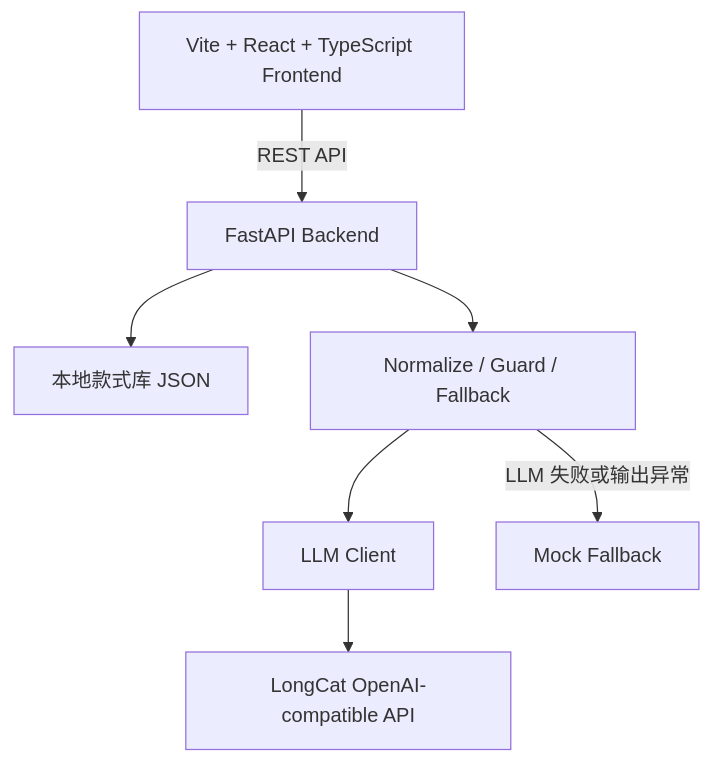
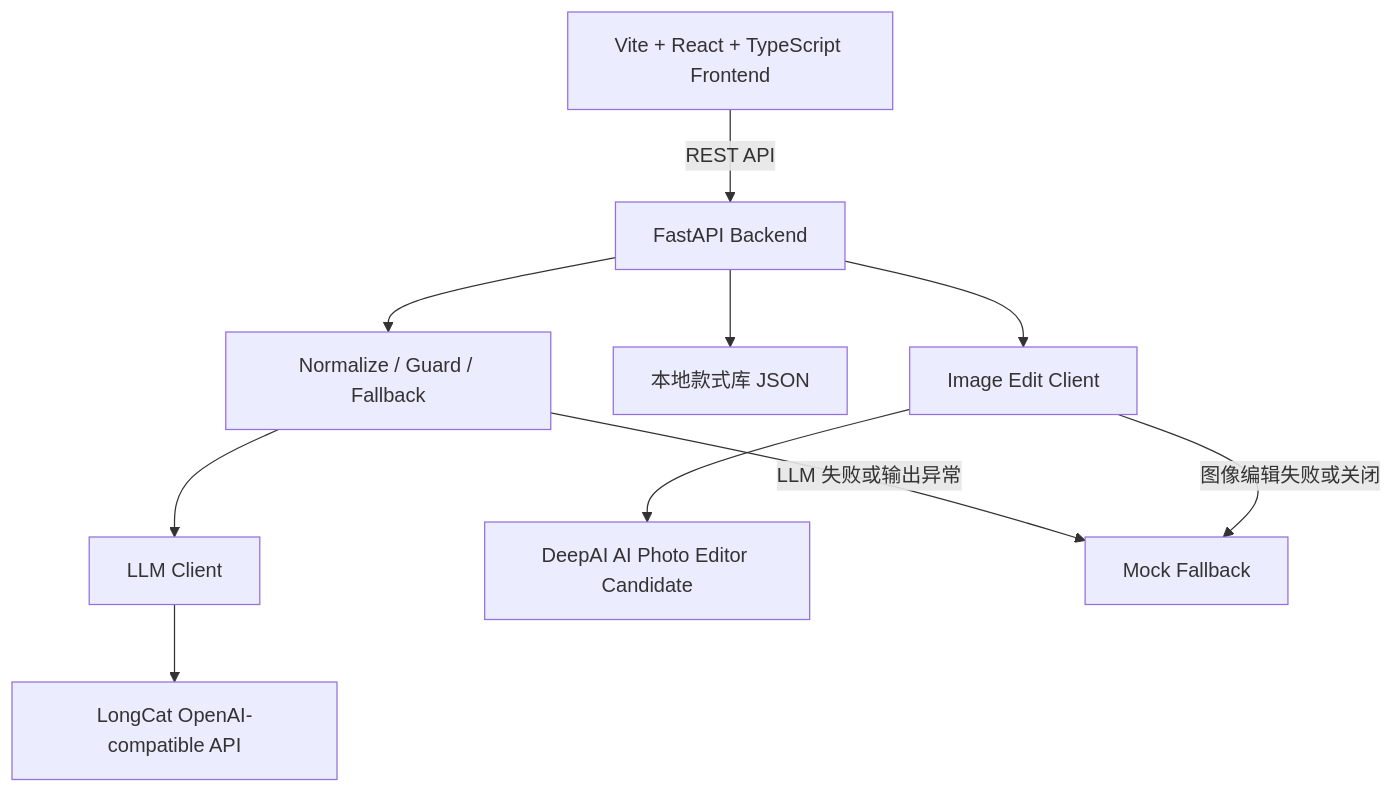
The third of 3 diagrams in README.md (radianceded/nail-ai-ops), drawn with Mermaid before and after one commit. The commit also changed other lines of this file and 8 other files, not shown here.

Commit message:
feat: add try-on image edit fallback

````diff
--- a/README.md
+++ b/README.md
@@ -53,16 +54,21 @@
 ```mermaid
 flowchart TB
   FE[Vite + React + TypeScript Frontend]
   BE[FastAPI Backend]
   LLM[LLM Client]
+  IMG[Image Edit Client]
   LC[LongCat OpenAI-compatible API]
+  DEEPAI[DeepAI AI Photo Editor Candidate]
   DATA[本地款式库 JSON]
   NORM[Normalize / Guard / Fallback]
 
   FE -->|REST API| BE
   BE --> DATA
+  BE --> IMG
   BE --> NORM
   NORM --> LLM
   LLM --> LC
+  IMG --> DEEPAI
   NORM -->|LLM 失败或输出异常| MOCK[Mock Fallback]
+  IMG -->|图像编辑失败或关闭| MOCK
 ```
````
